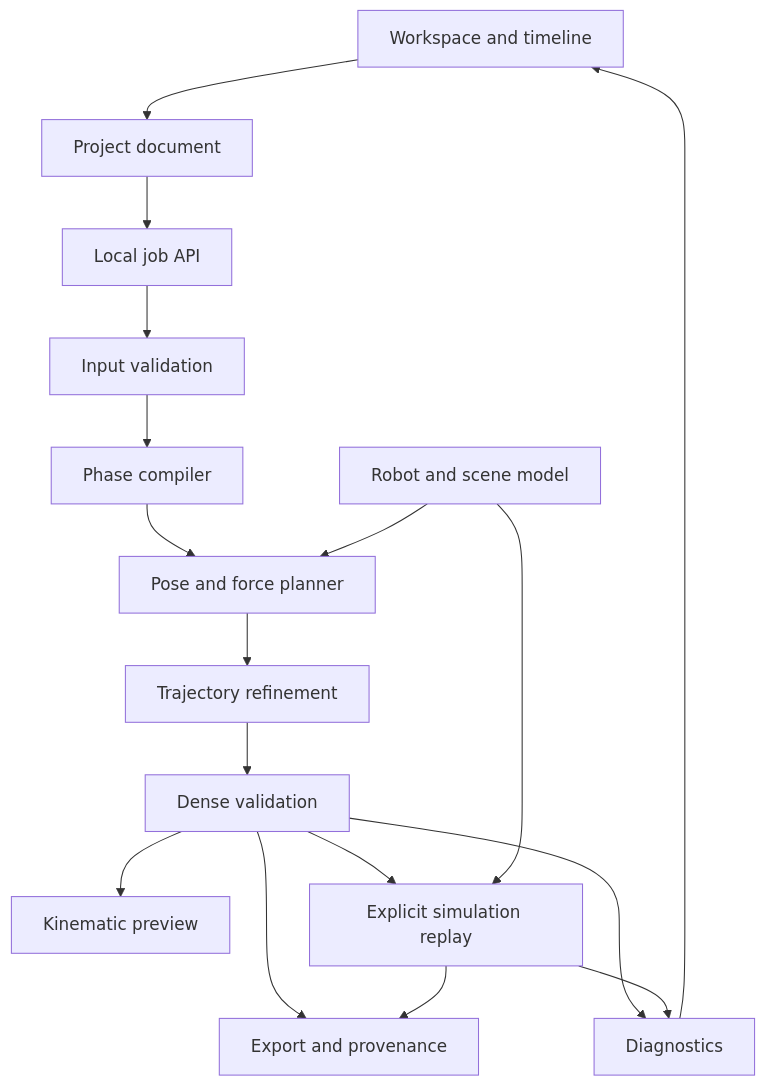
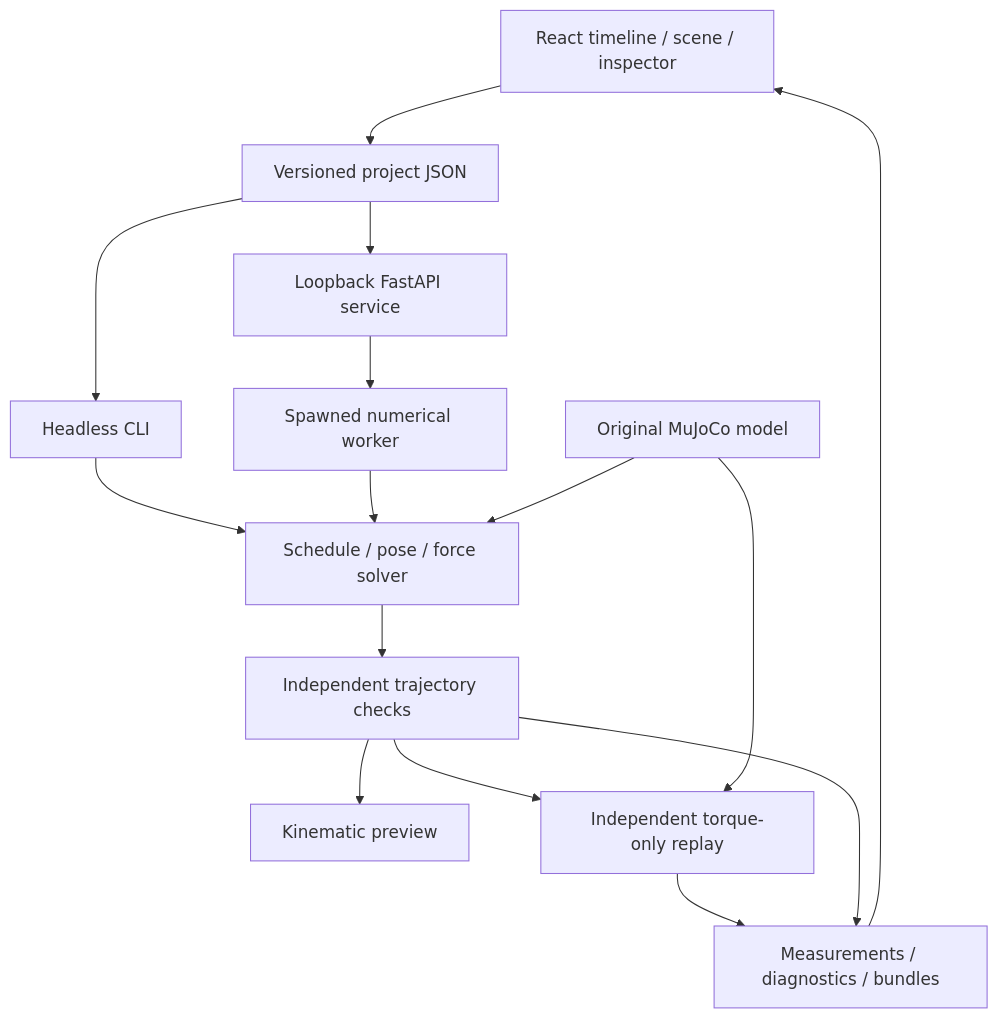
One commit to HyzenthlayER/fill-me-with-robotics changed the diagram in contact-composer/docs/MODULES.md. Above: the diagram before and after it, drawn with Mermaid. The commit also changed other lines of this file and 50 other files, not shown here.

Commit message:
Implement Contact Composer modules with independent planning and replay checks

````diff
--- a/contact-composer/docs/MODULES.md
+++ b/contact-composer/docs/MODULES.md
@@ -9,19 +7,17 @@
 ```mermaid
 flowchart TD
-    UI[Workspace and timeline] --> DOC[Project document]
-    DOC --> API[Local job API]
-    API --> VAL[Input validation]
-    VAL --> PHASE[Phase compiler]
-    PHASE --> PLAN[Pose and force planner]
-    MODEL[Robot and scene model] --> PLAN
-    PLAN --> TRAJ[Trajectory refinement]
-    TRAJ --> CHECK[Dense validation]
+    UI[React timeline / scene / inspector] --> P[Versioned project JSON]
+    P --> API[Loopback FastAPI service]
+    API --> JOB[Spawned numerical worker]
+    P --> CLI[Headless CLI]
+    CLI --> CORE[Schedule / pose / force solver]
+    JOB --> CORE
+    MODEL[Original MuJoCo model] --> CORE
+    CORE --> CHECK[Independent trajectory checks]
     CHECK --> PREVIEW[Kinematic preview]
-    CHECK --> SIM[Explicit simulation replay]
-    MODEL --> SIM
-    CHECK --> DIAG[Diagnostics]
-    SIM --> DIAG
-    DIAG --> UI
-    CHECK --> EXPORT[Export and provenance]
-    SIM --> EXPORT
+    CHECK --> REPLAY[Independent torque-only replay]
+    MODEL --> REPLAY
+    REPLAY --> REPORT[Measurements / diagnostics / bundles]
+    CHECK --> REPORT
+    REPORT --> UI
 ```
````
